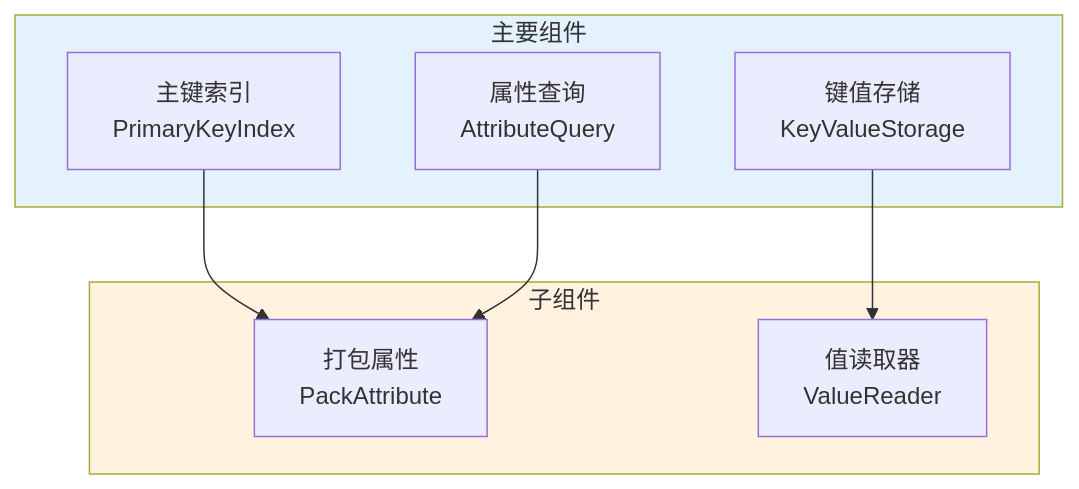
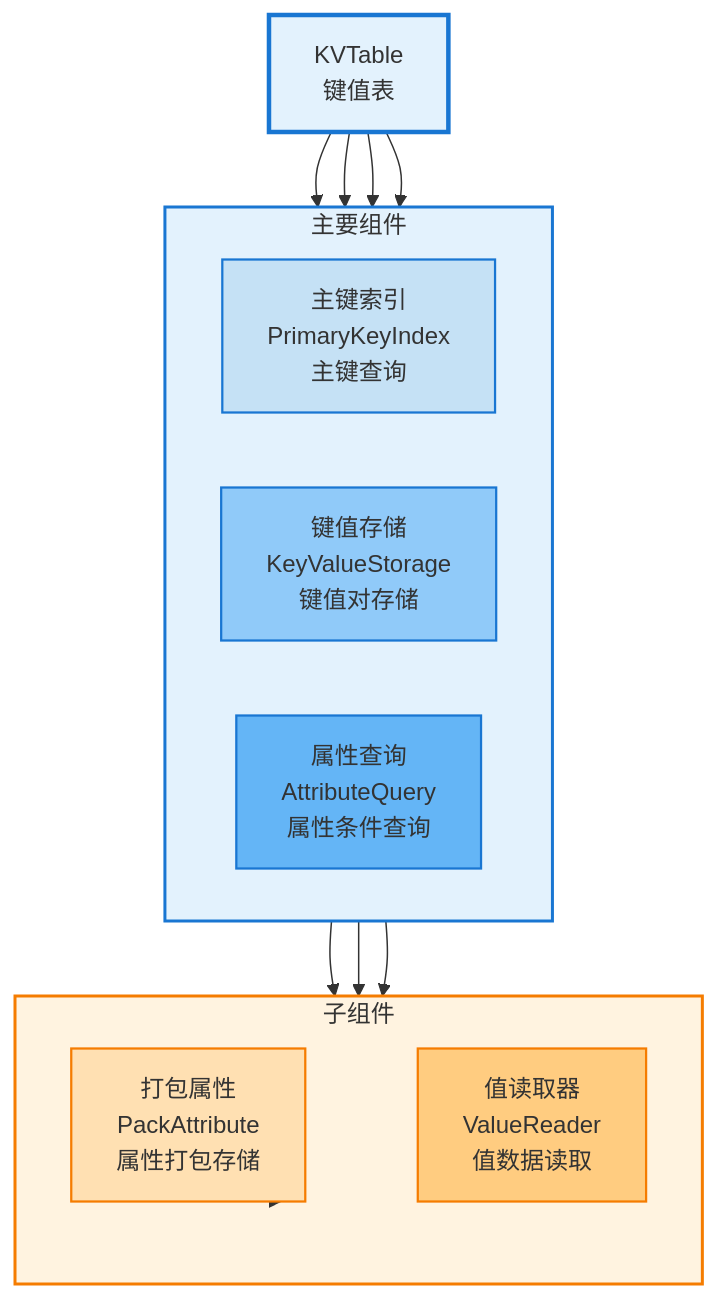
The ninth of 28 diagrams in _posts/2025-07-14-indexlib-8-index-types.md (zhouzhilong-commits/zhouzhilong-commits.github.io), drawn with Mermaid before and after one commit. The commit also changed other lines of this file and 6 other files, not shown here.

````diff
--- a/_posts/2025-07-14-indexlib-8-index-types.md
+++ b/_posts/2025-07-14-indexlib-8-index-types.md
@@ -459,20 +510,37 @@
 ```mermaid
 flowchart TD
+    KVTable[KVTable<br/>键值表] --> Main
+    
     subgraph Main["主要组件"]
-        A["主键索引<br/>PrimaryKeyIndex"]
-        B["键值存储<br/>KeyValueStorage"]
-        C["属性查询<br/>AttributeQuery"]
+        direction LR
+        A[主键索引<br/>PrimaryKeyIndex<br/>主键查询]
+        B[键值存储<br/>KeyValueStorage<br/>键值对存储]
+        C[属性查询<br/>AttributeQuery<br/>属性条件查询]
     end
     
+    KVTable --> A
+    KVTable --> B
+    KVTable --> C
+    
+    A --> Sub1
+    B --> Sub2
+    C --> Sub1
+    
     subgraph Sub["子组件"]
-        D["打包属性<br/>PackAttribute"]
-        E["值读取器<br/>ValueReader"]
+        direction LR
+        Sub1[打包属性<br/>PackAttribute<br/>属性打包存储]
+        Sub2[值读取器<br/>ValueReader<br/>值数据读取]
     end
     
-    A --> D
-    B --> E
-    C --> D
+    Sub --> Sub1
+    Sub --> Sub2
     
-    style Main fill:#e3f2fd
-    style Sub fill:#fff3e0
+    style KVTable fill:#e3f2fd,stroke:#1976d2,stroke-width:3px
+    style Main fill:#e3f2fd,stroke:#1976d2,stroke-width:2px
+    style A fill:#c5e1f5,stroke:#1976d2,stroke-width:1.5px
+    style B fill:#90caf9,stroke:#1976d2,stroke-width:1.5px
+    style C fill:#64b5f6,stroke:#1976d2,stroke-width:1.5px
+    style Sub fill:#fff3e0,stroke:#f57c00,stroke-width:2px
+    style Sub1 fill:#ffe0b2,stroke:#f57c00,stroke-width:1.5px
+    style Sub2 fill:#ffcc80,stroke:#f57c00,stroke-width:1.5px
 ```
````
